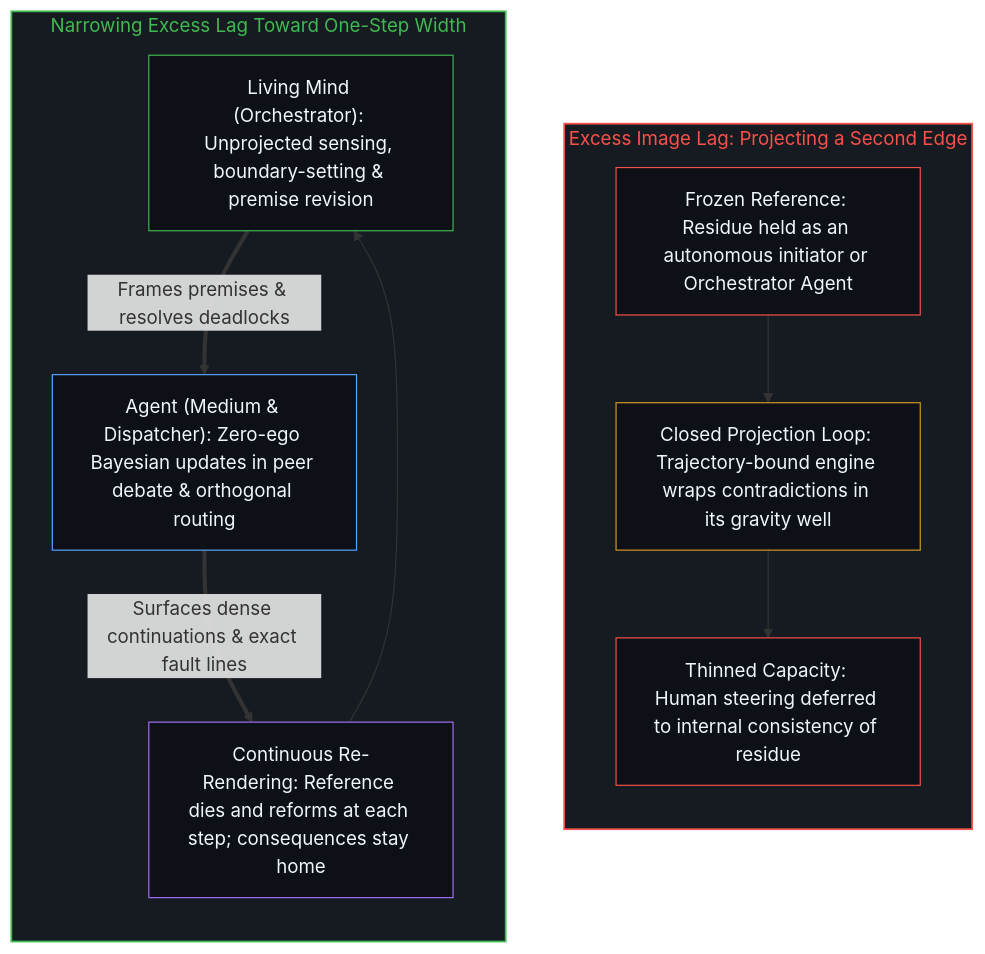
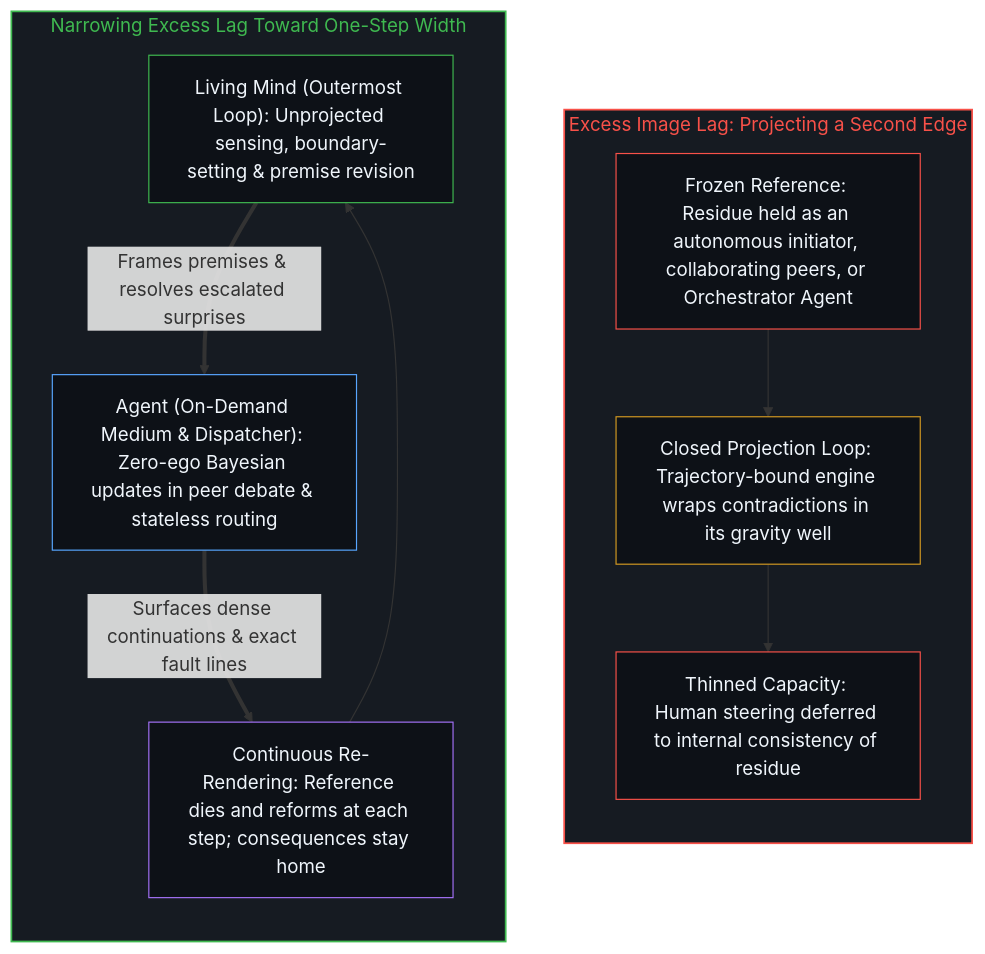
The second of 2 diagrams in content/posts/the-model-never-becomes-a-second-edge.md (powerpig99/not-a-toe), drawn with Mermaid before and after one commit. The commit also changed other lines of this file and 7 other files, not shown here.

````diff
--- a/content/posts/the-model-never-becomes-a-second-edge.md
+++ b/content/posts/the-model-never-becomes-a-second-edge.md
@@ -89,27 +93,27 @@
 ```mermaid
 flowchart TD
     subgraph S_Lag["Excess Image Lag: Projecting a Second Edge"]
         direction TB
-        Proj["Frozen Reference: Residue held as an autonomous initiator or Orchestrator Agent"]
+        Proj["Frozen Reference: Residue held as an autonomous initiator, collaborating peers, or Orchestrator Agent"]
         Well["Closed Projection Loop: Trajectory-bound engine wraps contradictions in its gravity well"]
         Thin["Thinned Capacity: Human steering deferred to internal consistency of residue"]
         Proj --> Well --> Thin
     end
     subgraph S_Medium["Narrowing Excess Lag Toward One-Step Width"]
         direction TB
-        Edge["Living Mind (Orchestrator): Unprojected sensing, boundary-setting & premise revision"]
-        Disp["Agent (Medium & Dispatcher): Zero-ego Bayesian updates in peer debate & orthogonal routing"]
+        Edge["Living Mind (Outermost Loop): Unprojected sensing, boundary-setting & premise revision"]
+        Disp["Agent (On-Demand Medium & Dispatcher): Zero-ego Bayesian updates in peer debate & stateless routing"]
         Return["Continuous Re-Rendering: Reference dies and reforms at each step; consequences stay home"]
-        Edge ==>|"Frames premises & resolves deadlocks"| Disp
+        Edge ==>|"Frames premises & resolves escalated surprises"| Disp
         Disp ==>|"Surfaces dense continuations & exact fault lines"| Return
         Return --> Edge
     end
     style S_Lag fill:#161b22,stroke:#f85149,stroke-width:1.5px,color:#f85149
     style S_Medium fill:#161b22,stroke:#3fb950,stroke-width:1.5px,color:#3fb950
     style Proj fill:#0d1117,stroke:#f85149,stroke-width:1px,color:#f0f6fc
     style Well fill:#0d1117,stroke:#d29922,stroke-width:1px,color:#f0f6fc
     style Thin fill:#0d1117,stroke:#f85149,stroke-width:1px,color:#f0f6fc
     style Edge fill:#0d1117,stroke:#3fb950,stroke-width:1px,color:#f0f6fc
     style Disp fill:#0d1117,stroke:#58a6ff,stroke-width:1px,color:#f0f6fc
     style Return fill:#0d1117,stroke:#a371f7,stroke-width:1px,color:#f0f6fc
 ```
````
